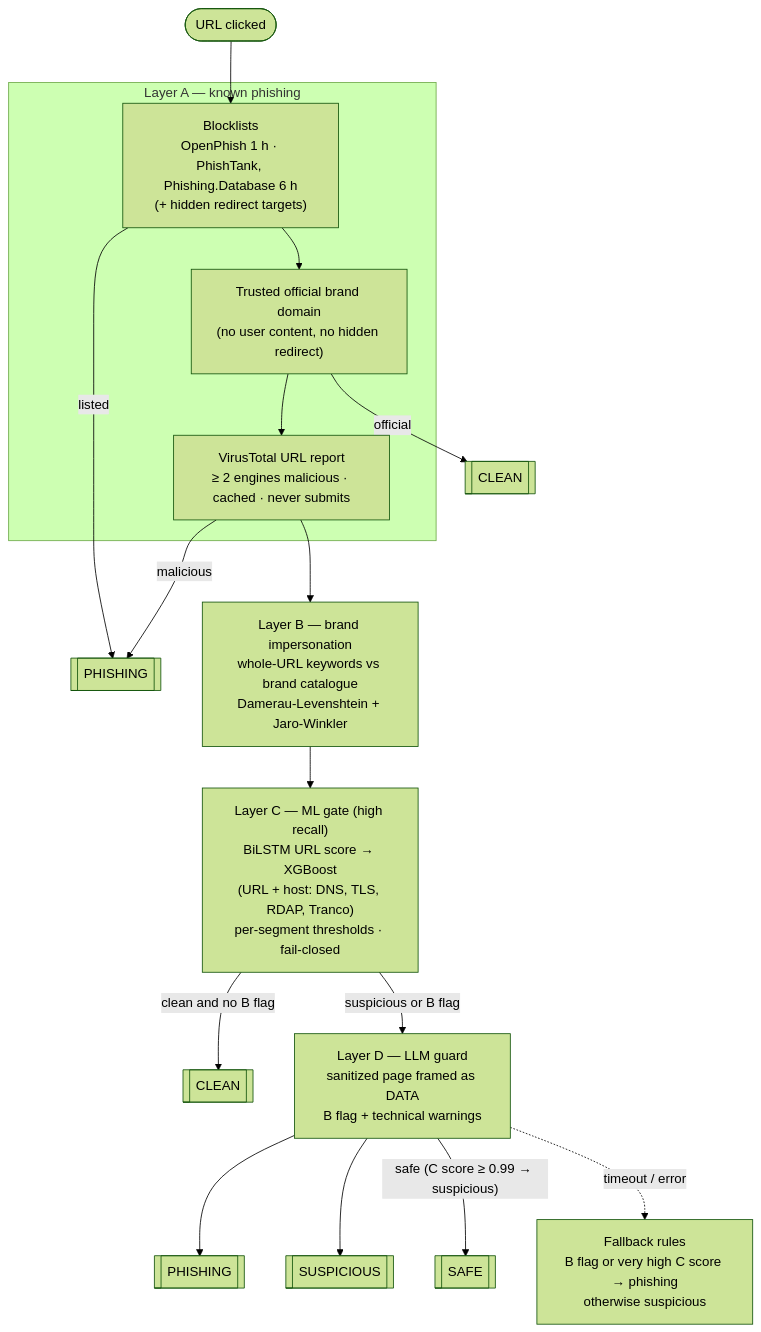
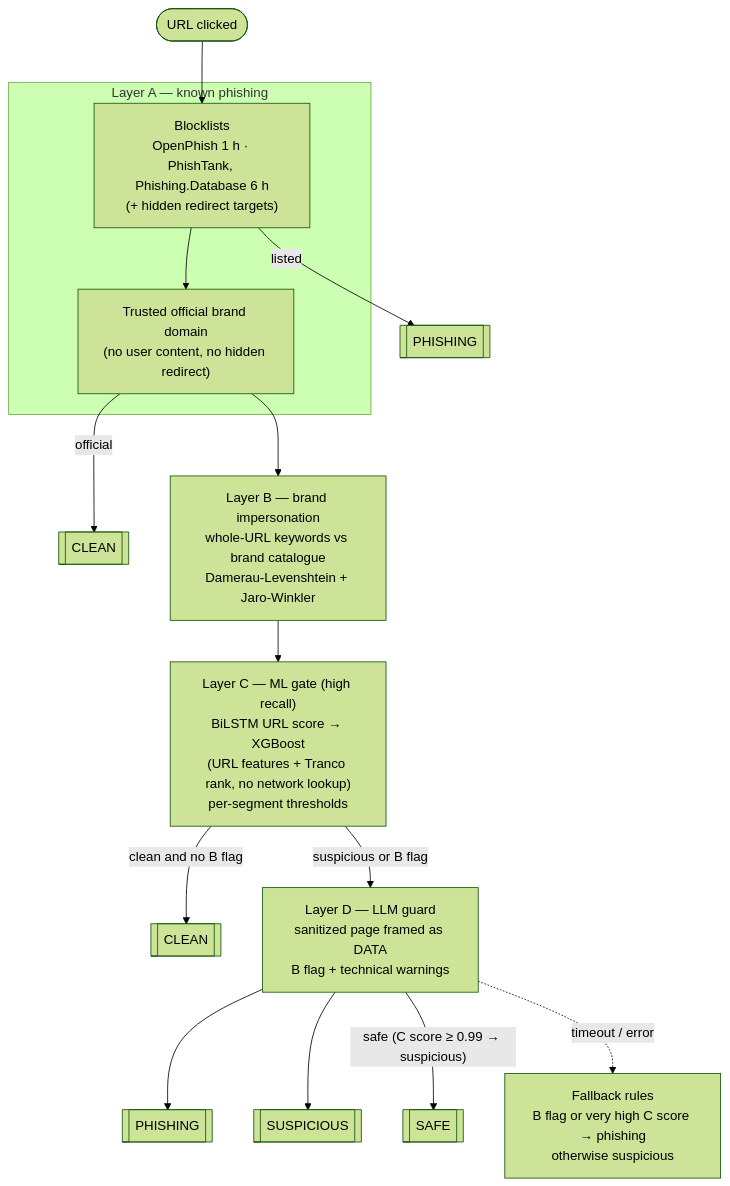
The diagram in README.md (Harry1211-web/Dectect-URL-Phishing-with-LLM-pipline), drawn with Mermaid (forest theme) before and after one commit. The commit also changed other lines of this file and 3 other files, not shown here.

First line of the commit message:
Docs: Layer C without network lookups, VirusTotal as a verification tool

````diff
--- a/README.md
+++ b/README.md
@@ -11,21 +11,19 @@
 ```mermaid
 flowchart TD
     U([URL clicked]) --> A1
     subgraph A["Layer A — known phishing"]
         A1["Blocklists<br/>OpenPhish 1 h · PhishTank, Phishing.Database 6 h<br/>(+ hidden redirect targets)"]
         A2["Trusted official brand domain<br/>(no user content, no hidden redirect)"]
-        A3["VirusTotal URL report<br/>≥ 2 engines malicious · cached · never submits"]
-        A1 --> A2 --> A3
+        A1 --> A2
     end
     A1 -- listed --> P1[[PHISHING]]
     A2 -- official --> S1[[CLEAN]]
-    A3 -- malicious --> P1
-    A3 --> B["Layer B — brand impersonation<br/>whole-URL keywords vs brand catalogue<br/>Damerau-Levenshtein + Jaro-Winkler"]
-    B --> C["Layer C — ML gate (high recall)<br/>BiLSTM URL score → XGBoost<br/>(URL + host: DNS, TLS, RDAP, Tranco)<br/>per-segment thresholds · fail-closed"]
+    A2 --> B["Layer B — brand impersonation<br/>whole-URL keywords vs brand catalogue<br/>Damerau-Levenshtein + Jaro-Winkler"]
+    B --> C["Layer C — ML gate (high recall)<br/>BiLSTM URL score → XGBoost<br/>(URL features + Tranco rank, no network lookup)<br/>per-segment thresholds"]
     C -- "clean and no B flag" --> S2[[CLEAN]]
     C -- "suspicious or B flag" --> D["Layer D — LLM guard<br/>sanitized page framed as DATA<br/>B flag + technical warnings"]
     D --> V1[[PHISHING]]
     D --> V2[[SUSPICIOUS]]
     D -- "safe (C score ≥ 0.99 → suspicious)" --> V3[[SAFE]]
     D -. "timeout / error" .-> F["Fallback rules<br/>B flag or very high C score → phishing<br/>otherwise suspicious"]
 ```
````
